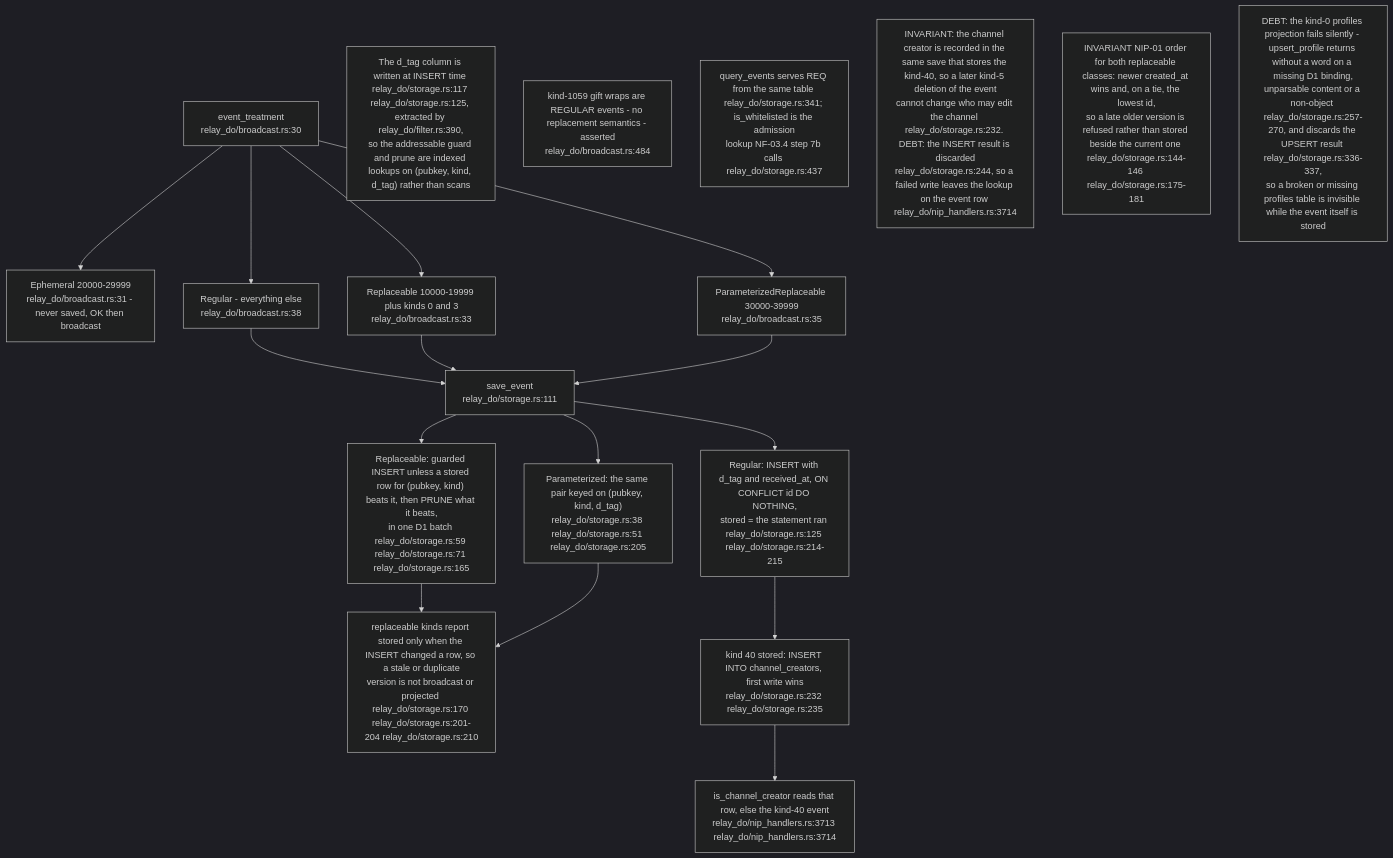
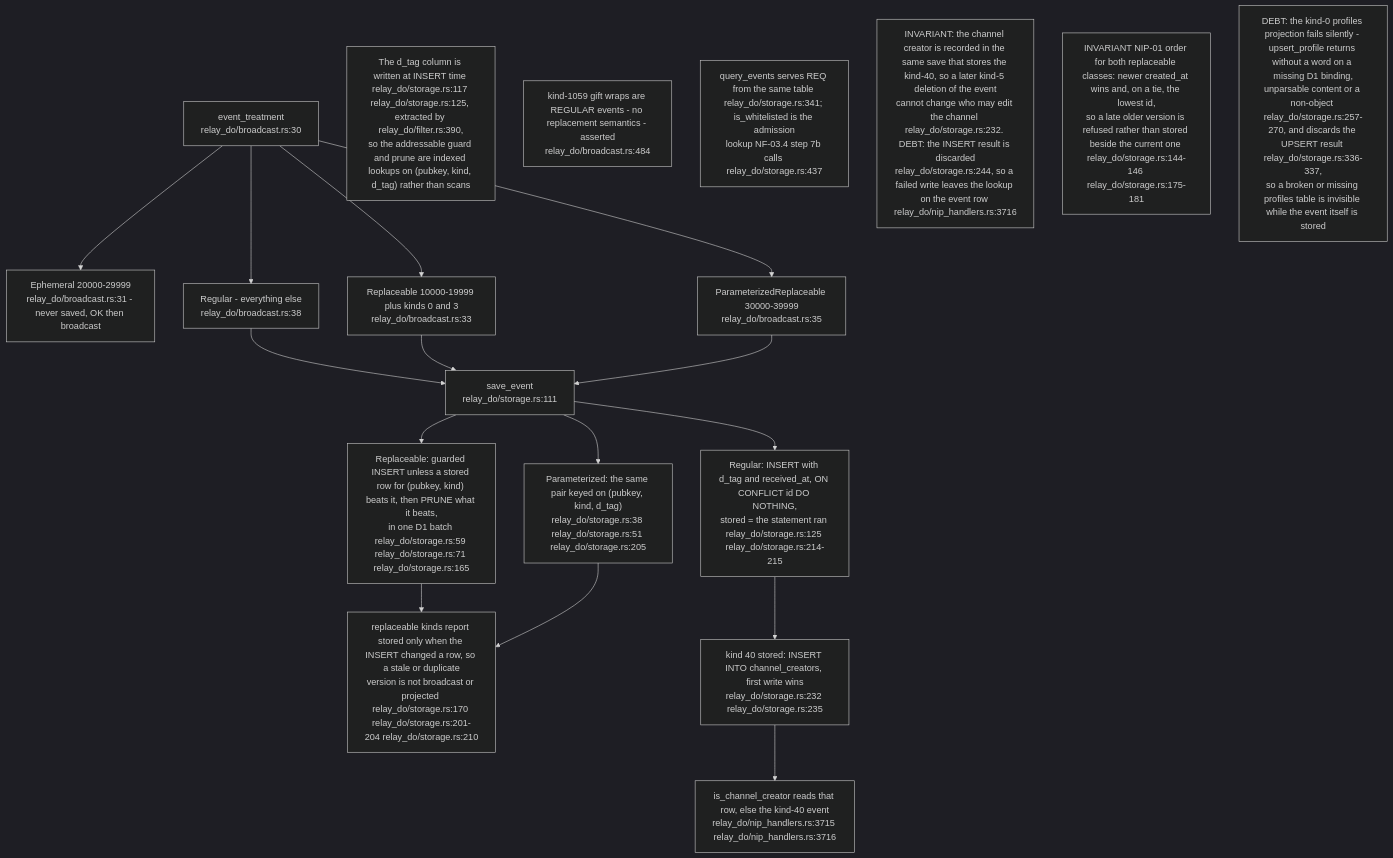
Before and after one commit to DreamLab-AI/VisionFlow: the third of 18 diagrams in docs/diagrams/nostr-rust-forum/11-relay-durable-object-internals.md, drawn with Mermaid (dark theme). The commit also changed other lines of this file and 11 other files, not shown here.

````diff
--- a/docs/diagrams/nostr-rust-forum/11-relay-durable-object-internals.md
+++ b/docs/diagrams/nostr-rust-forum/11-relay-durable-object-internals.md
@@ -120,30 +120,30 @@
 ```mermaid
 flowchart TB
     T["event_treatment<br/>relay_do/broadcast.rs:30"]
     EPH["Ephemeral 20000-29999<br/>relay_do/broadcast.rs:31 - never saved, OK then broadcast"]
     REP["Replaceable 10000-19999 plus kinds 0 and 3<br/>relay_do/broadcast.rs:33"]
     PAR["ParameterizedReplaceable 30000-39999<br/>relay_do/broadcast.rs:35"]
     REG["Regular - everything else<br/>relay_do/broadcast.rs:38"]
     SAVE["save_event<br/>relay_do/storage.rs:111"]
     INS["Regular: INSERT with d_tag and received_at, ON CONFLICT id DO NOTHING,<br/>stored = the statement ran relay_do/storage.rs:125 relay_do/storage.rs:214-215"]
     D1D["Replaceable: guarded INSERT unless a stored row for (pubkey, kind) beats it, then PRUNE what it beats,<br/>in one D1 batch relay_do/storage.rs:59 relay_do/storage.rs:71 relay_do/storage.rs:165"]
     D2D["Parameterized: the same pair keyed on (pubkey, kind, d_tag)<br/>relay_do/storage.rs:38 relay_do/storage.rs:51 relay_do/storage.rs:205"]
     KEPT["replaceable kinds report stored only when the INSERT changed a row, so a stale or duplicate<br/>version is not broadcast or projected relay_do/storage.rs:170 relay_do/storage.rs:201-204 relay_do/storage.rs:210"]
     CRE["kind 40 stored: INSERT INTO channel_creators, first write wins<br/>relay_do/storage.rs:232 relay_do/storage.rs:235"]
-    ISCC["is_channel_creator reads that row, else the kind-40 event<br/>relay_do/nip_handlers.rs:3713 relay_do/nip_handlers.rs:3714"]
+    ISCC["is_channel_creator reads that row, else the kind-40 event<br/>relay_do/nip_handlers.rs:3715 relay_do/nip_handlers.rs:3716"]
 
     T --> EPH & REP & PAR & REG
     REG --> SAVE --> INS
     REP --> SAVE
     PAR --> SAVE
     SAVE --> D1D & D2D
     D1D & D2D --> KEPT
     INS --> CRE --> ISCC
 
     N1["The d_tag column is written at INSERT time relay_do/storage.rs:117 relay_do/storage.rs:125, extracted by relay_do/filter.rs:390,<br/>so the addressable guard and prune are indexed lookups on (pubkey, kind, d_tag) rather than scans"]
     N2["kind-1059 gift wraps are REGULAR events - no replacement semantics - asserted<br/>relay_do/broadcast.rs:484"]
     N3["query_events serves REQ from the same table relay_do/storage.rs:341; is_whitelisted is the admission<br/>lookup NF-03.4 step 7b calls relay_do/storage.rs:437"]
-    N4["INVARIANT: the channel creator is recorded in the same save that stores the kind-40, so a later kind-5 deletion of the event<br/>cannot change who may edit the channel relay_do/storage.rs:232. DEBT: the INSERT result is discarded<br/>relay_do/storage.rs:244, so a failed write leaves the lookup on the event row relay_do/nip_handlers.rs:3714"]
+    N4["INVARIANT: the channel creator is recorded in the same save that stores the kind-40, so a later kind-5 deletion of the event<br/>cannot change who may edit the channel relay_do/storage.rs:232. DEBT: the INSERT result is discarded<br/>relay_do/storage.rs:244, so a failed write leaves the lookup on the event row relay_do/nip_handlers.rs:3716"]
     N5["INVARIANT NIP-01 order for both replaceable classes: newer created_at wins and, on a tie, the lowest id,<br/>so a late older version is refused rather than stored beside the current one relay_do/storage.rs:144-146 relay_do/storage.rs:175-181"]
     N6["DEBT: the kind-0 profiles projection fails silently - upsert_profile returns without a word on a missing D1 binding,<br/>unparsable content or a non-object relay_do/storage.rs:257-270, and discards the UPSERT result relay_do/storage.rs:336-337,<br/>so a broken or missing profiles table is invisible while the event itself is stored"]
 ```
````
